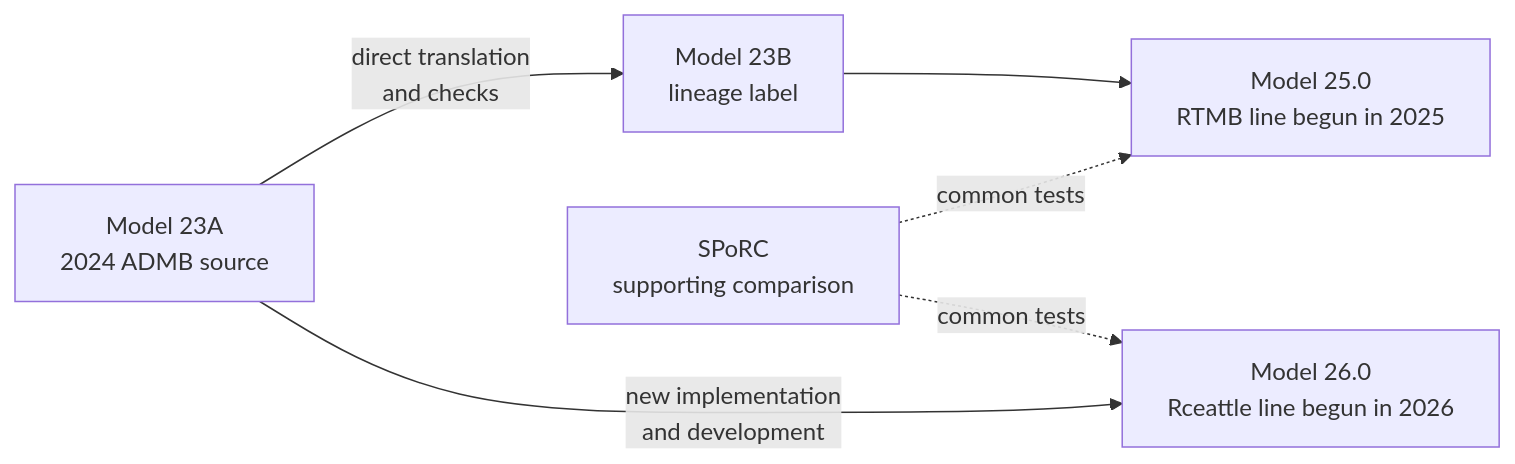
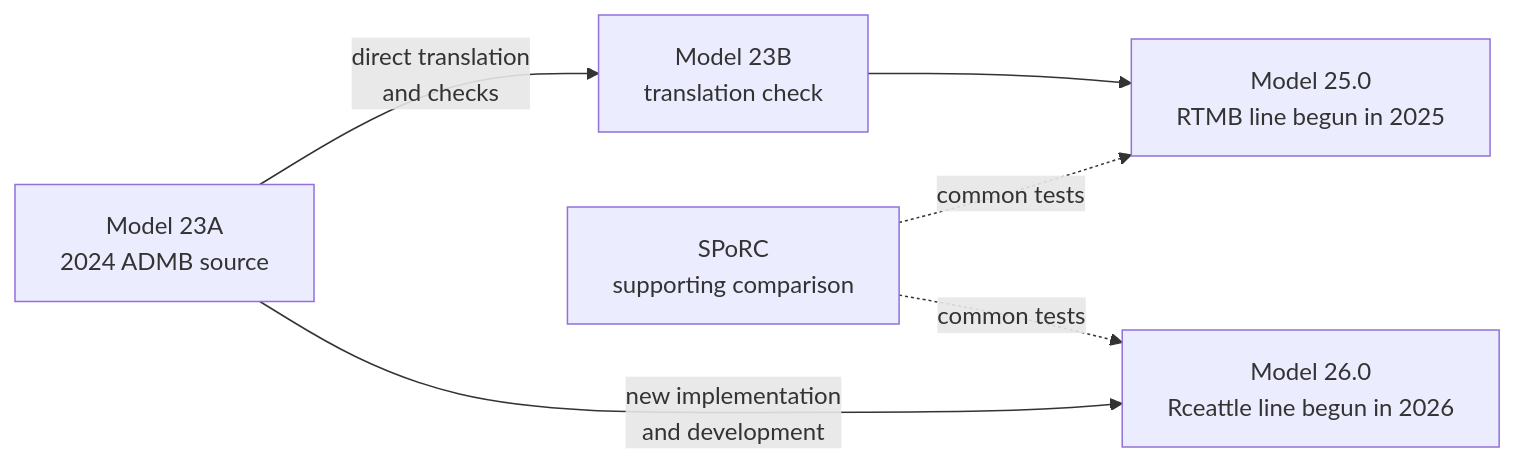
Before and after one commit to noaa-afsc/EBS_pollock: the diagram in doc/ssc.qmd, drawn with Mermaid. The commit also changed other lines of this file and 3 other files, not shown here.

````diff
--- a/doc/ssc.qmd
+++ b/doc/ssc.qmd
@@ -39,12 +39,12 @@
 ```{mermaid}
 %%| label: fig-model-numbering
-%%| fig-cap: "Proposed numbering and lineage for EBS pollock assessment models."
+%%| fig-cap: "Proposed numbering and development history for EBS pollock assessment models."
 %%| fig-alt: "Flowchart beginning with the Model 23A ADMB source used in 2024. One branch passes through the Model 23B translation check to Model 25.0 in RTMB, begun in 2025. A second branch leads to Model 26.0 in Rceattle, begun in 2026. SPoRC supports comparisons with the two development lines but does not yet have an assessment model number."
 
 flowchart LR
-  A["Model 23A<br/>2024 ADMB source"] -->|"direct translation<br/>and checks"| B["Model 23B<br/>lineage label"]
+  A["Model 23A<br/>2024 ADMB source"] -->|"direct translation<br/>and checks"| B["Model 23B<br/>translation check"]
   B --> C["Model 25.0<br/>RTMB line begun in 2025"]
   A -->|"new implementation<br/>and development"| D["Model 26.0<br/>Rceattle line begun in 2026"]
   S["SPoRC<br/>supporting comparison"] -.->|"common tests"| C
   S -.->|"common tests"| D
 ```
````
